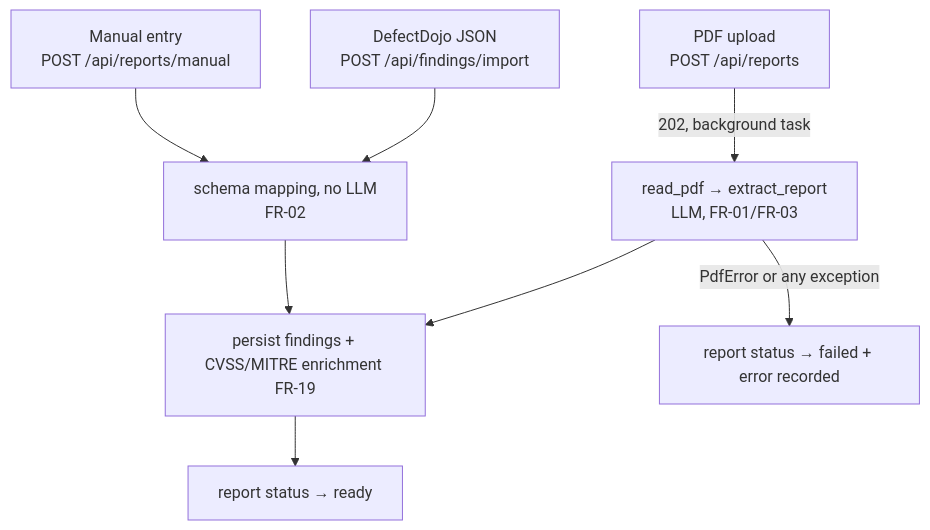
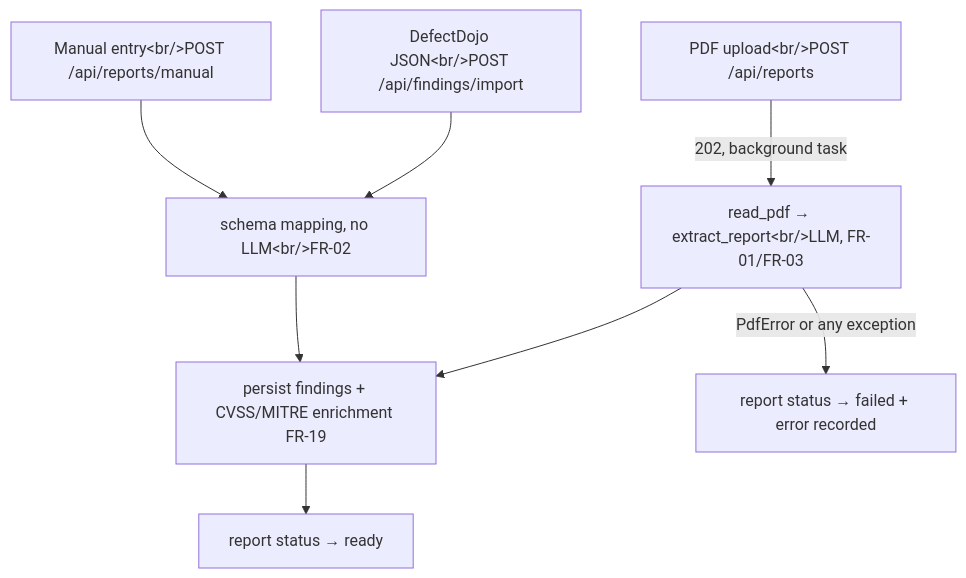
Before and after one commit to SelfishCoconut/revalid: the second of 3 diagrams in docs/architecture/workflow.md, drawn with Mermaid. The commit also changed other lines of this file and 7 other files, not shown here.

First line of the commit message:
docs: make diagrams legible, add 10 new ones, audit remaining pages (#149) (#151)

````diff
--- a/docs/architecture/workflow.md
+++ b/docs/architecture/workflow.md
@@ -69,10 +69,10 @@
 ```mermaid
 flowchart TD
-    A[PDF upload<br/>POST /api/reports] -->|202, background task| B[read_pdf → extract_report<br/>LLM, FR-01/FR-03]
-    C[DefectDojo JSON<br/>POST /api/findings/import] --> D[schema mapping, no LLM<br/>FR-02]
-    E[Manual entry<br/>POST /api/reports/manual] --> D
+    A[PDF upload&lt;br/&gt;POST /api/reports] -->|202, background task| B[read_pdf → extract_report&lt;br/&gt;LLM, FR-01/FR-03]
+    C[DefectDojo JSON&lt;br/&gt;POST /api/findings/import] --> D[schema mapping, no LLM&lt;br/&gt;FR-02]
+    E[Manual entry&lt;br/&gt;POST /api/reports/manual] --> D
     B --> F[persist findings + CVSS/MITRE enrichment FR-19]
     D --> F
     F --> G[report status → ready]
     B -->|PdfError or any exception| H[report status → failed + error recorded]
 ```
````
